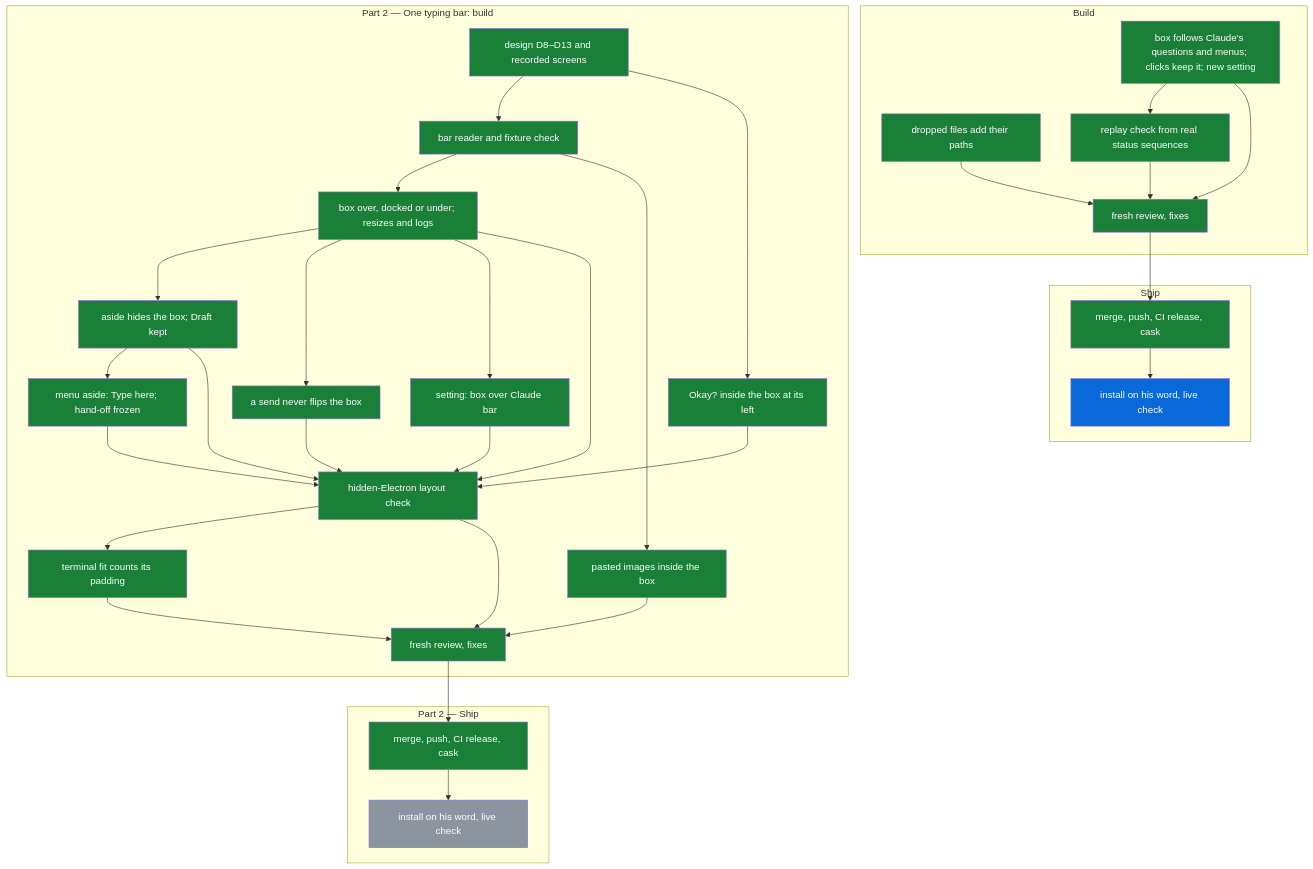
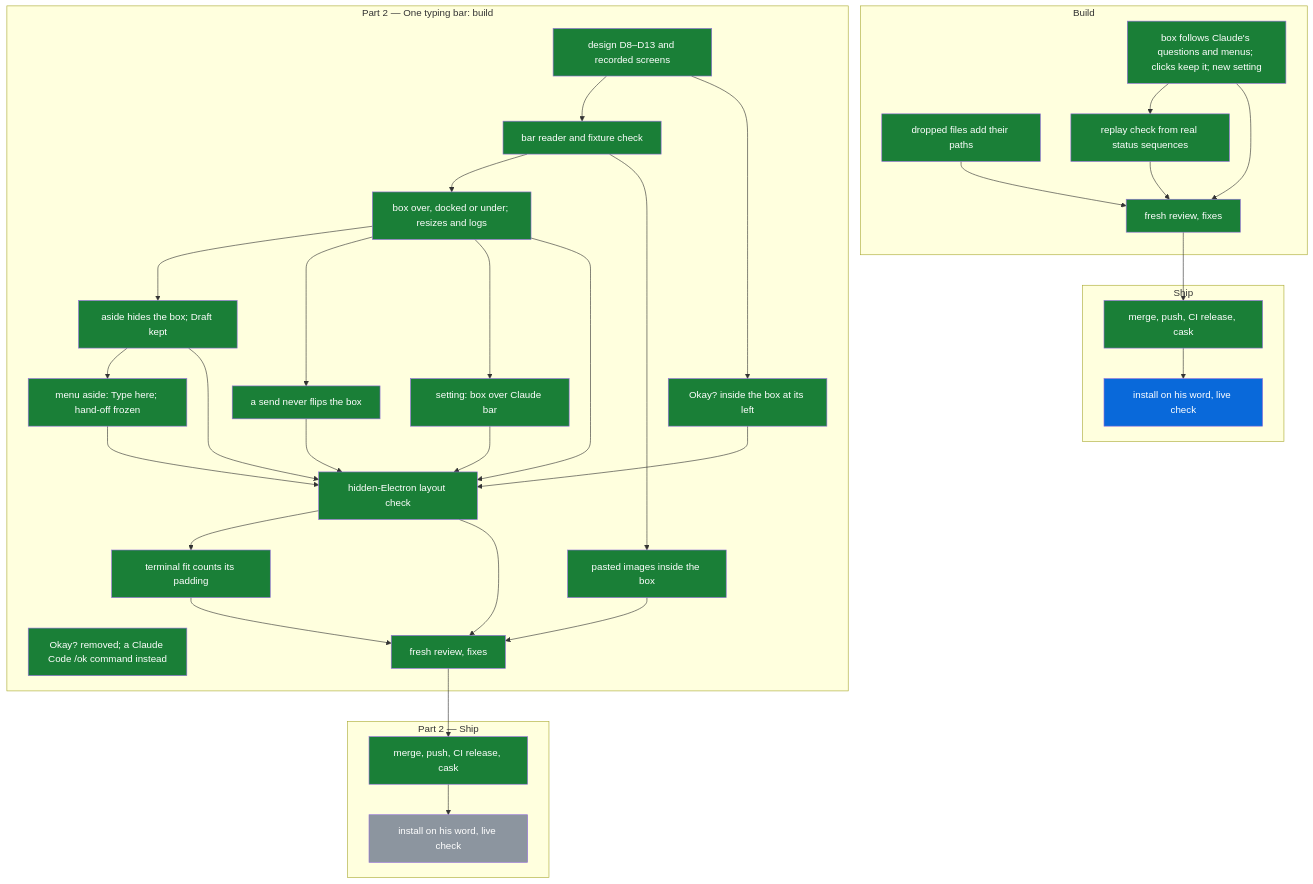
The diagram in docs/compose-box.md (michaeljryoung/patton), drawn with Mermaid before and after one commit. The commit also changed other lines of this file and 1 other file, not shown here.

Commit message:
Docs: the Okay? button removed (S58): D11 note, map node okay_removed, key-files

````diff
--- a/docs/compose-box.md
+++ b/docs/compose-box.md
@@ -11,63 +11,64 @@
 ```mermaid
 flowchart TD
   subgraph B["Build"]
     box_core[box follows Claude's questions and menus; clicks keep it; new setting]:::done
     box_drop[dropped files add their paths]:::done
     box_replay[replay check from real status sequences]:::done
     box_review[fresh review, fixes]:::done
   end
   subgraph S["Ship"]
     box_release[merge, push, CI release, cask]:::done
     box_ship[install on his word, live check]:::live
   end
   subgraph O["Part 2 — One typing bar: build"]
     bar_design[design D8–D13 and recorded screens]:::done
     bar_reader[bar reader and fixture check]:::done
     bar_placement[box over, docked or under; resizes and logs]:::done
     send_no_flip[a send never flips the box]:::done
     bar_aside[aside hides the box; Draft kept]:::done
     aside_fixes[menu aside: Type here; hand-off frozen]:::done
     okay_in_box[Okay? inside the box at its left]:::done
+  okay_removed[Okay? removed; a Claude Code /ok command instead]:::done
     over_setting[setting: box over Claude bar]:::done
     bar_layout_check[hidden-Electron layout check]:::done
     fit_padding[terminal fit counts its padding]:::done
     images_in_box[pasted images inside the box]:::done
     bar_review[fresh review, fixes]:::done
   end
   subgraph OS["Part 2 — Ship"]
     bar_release[merge, push, CI release, cask]:::done
     bar_ship[install on his word, live check]:::todo
   end
   box_core --> box_replay
   box_core --> box_review
   box_drop --> box_review
   box_replay --> box_review
   box_review --> box_release
   box_release --> box_ship
   bar_design --> bar_reader
   bar_reader --> bar_placement
   bar_placement --> bar_aside
   bar_aside --> aside_fixes
   aside_fixes --> bar_layout_check
   bar_placement --> send_no_flip
   send_no_flip --> bar_layout_check
   bar_design --> okay_in_box
   bar_placement --> over_setting
   bar_placement --> bar_layout_check
   bar_aside --> bar_layout_check
   okay_in_box --> bar_layout_check
   over_setting --> bar_layout_check
   bar_layout_check --> fit_padding
   fit_padding --> bar_review
   bar_layout_check --> bar_review
   bar_reader --> images_in_box
   images_in_box --> bar_review
   bar_review --> bar_release
   bar_release --> bar_ship
   classDef done fill:#1a7f37,color:#fff
   classDef live fill:#0969da,color:#fff
   classDef todo fill:#8c959f,color:#fff
   classDef blocked fill:#cf222e,color:#fff
   classDef dropped fill:#eaeef2,color:#57606a
   classDef superseded fill:#eaeef2,color:#57606a
 ```
````
